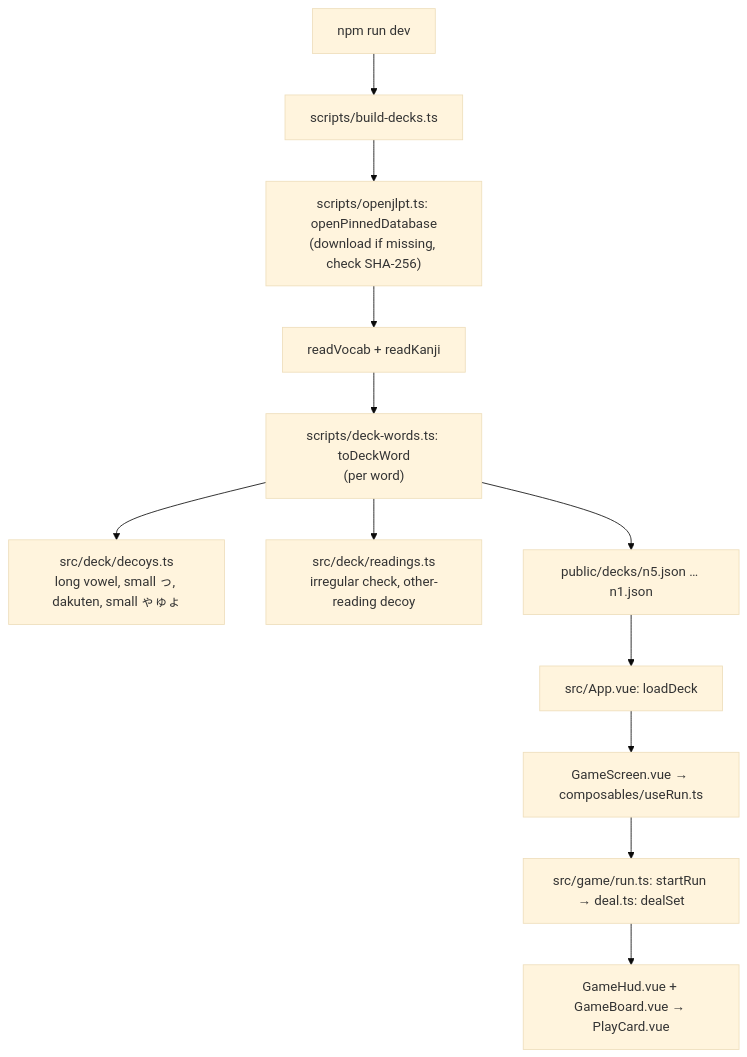
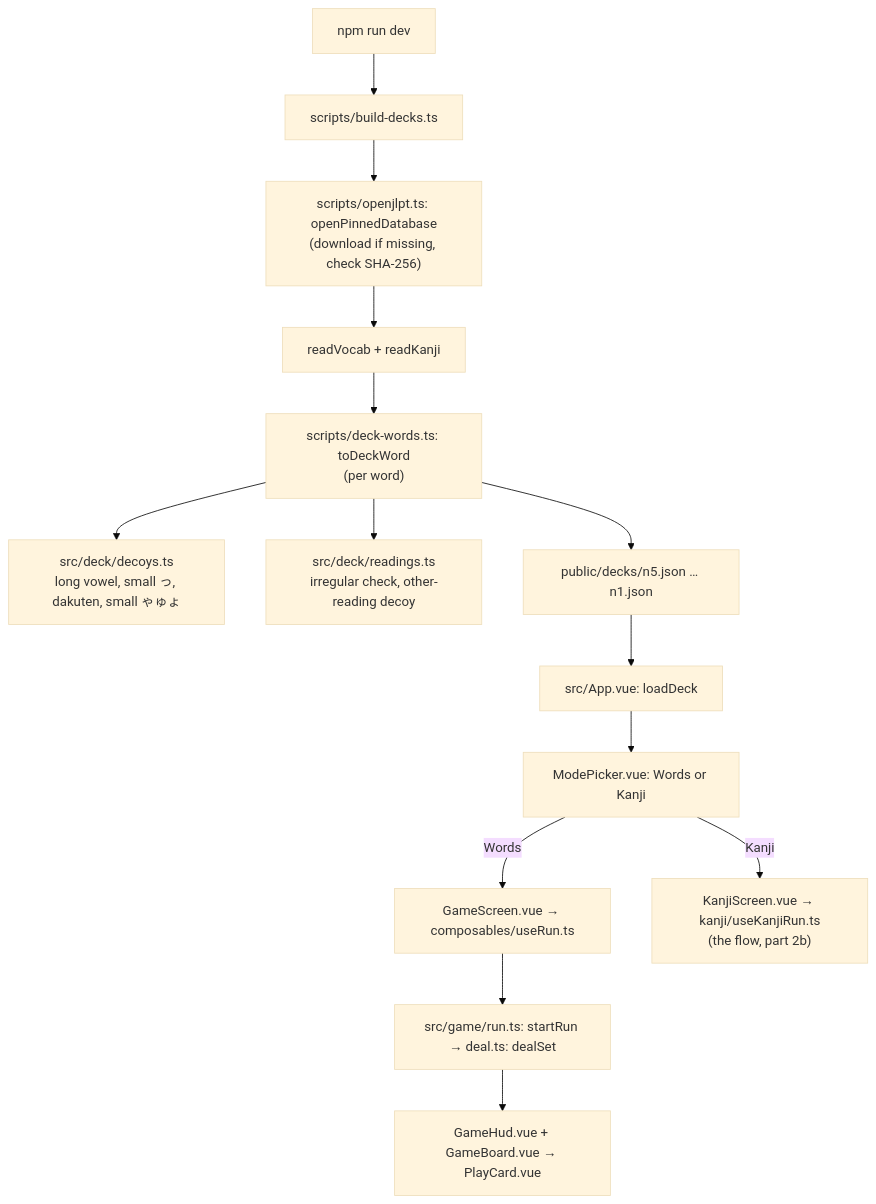
One commit to NabilRobert/juku-arcade changed the first of 3 diagrams in docs/guide.md. Above: the diagram before and after it, drawn with Mermaid (base theme). The commit also changed other lines of this file and 7 other files, not shown here.

First line of the commit message:
feat(kanji): add the start-screen mode choice and the kanji screen

````diff
--- a/docs/guide.md
+++ b/docs/guide.md
@@ -9,14 +9,16 @@
 ```mermaid
 flowchart TD
     A["npm run dev"] --> B["scripts/build-decks.ts"]
     B --> C["scripts/openjlpt.ts: openPinnedDatabase<br/>(download if missing, check SHA-256)"]
     C --> D["readVocab + readKanji"]
     D --> E["scripts/deck-words.ts: toDeckWord<br/>(per word)"]
     E --> F["src/deck/decoys.ts<br/>long vowel, small っ, dakuten, small ゃゅょ"]
     E --> G["src/deck/readings.ts<br/>irregular check, other-reading decoy"]
     E --> H["public/decks/n5.json … n1.json"]
     H --> I["src/App.vue: loadDeck"]
-    I --> J["GameScreen.vue → composables/useRun.ts"]
+    I --> M["ModePicker.vue: Words or Kanji"]
+    M -->|"Words"| J["GameScreen.vue → composables/useRun.ts"]
+    M -->|"Kanji"| N["KanjiScreen.vue → kanji/useKanjiRun.ts<br/>(the flow, part 2b)"]
     J --> K["src/game/run.ts: startRun → deal.ts: dealSet"]
     K --> L["GameHud.vue + GameBoard.vue → PlayCard.vue"]
 ```
````
